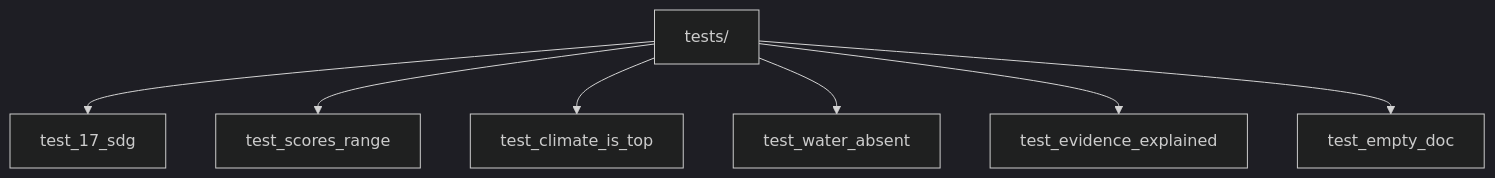
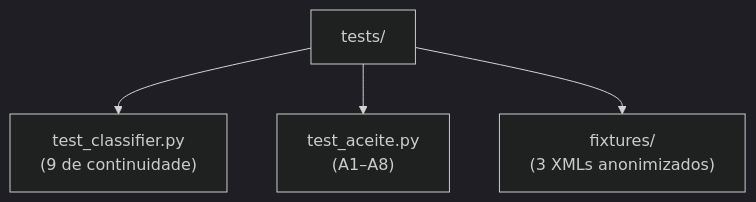
Before and after one commit to frederico-mello/cv-ods-classifier: the third of 3 diagrams in docs/10-estrutura.md, drawn with Mermaid (dark theme). The commit also changed other lines of this file and 31 other files, not shown here.

````diff
--- a/docs/10-estrutura.md
+++ b/docs/10-estrutura.md
@@ -98,9 +132,6 @@
 ```mermaid
 flowchart TB
-    T["tests/"] --> T1["test_17_sdg"]
-    T --> T2["test_scores_range"]
-    T --> T3["test_climate_is_top"]
-    T --> T4["test_water_absent"]
-    T --> T5["test_evidence_explained"]
-    T --> T6["test_empty_doc"]
+    T["tests/"] --> C["test_classifier.py<br/>(9 de continuidade)"]
+    T --> A["test_aceite.py<br/>(A1–A8)"]
+    T --> F["fixtures/<br/>(3 XMLs anonimizados)"]
 ```
````
